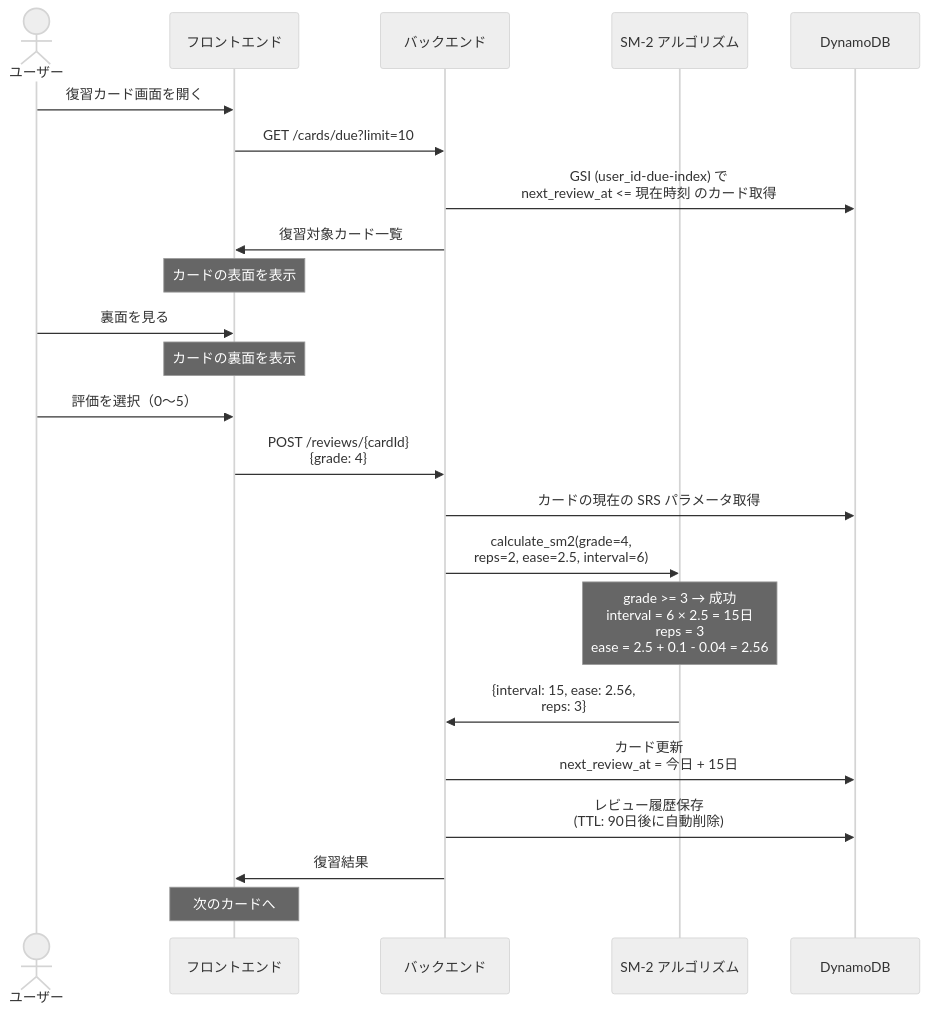
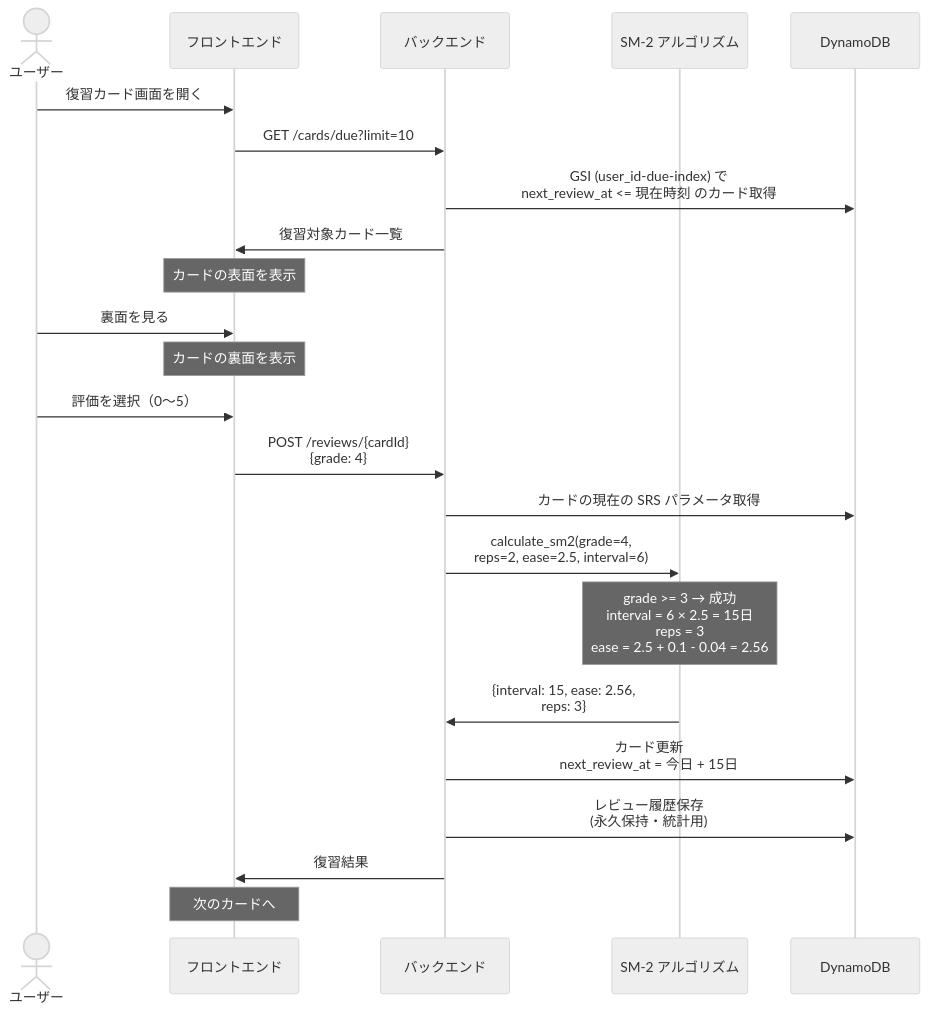
Before and after one commit to mozuq-lab/memoru-liff: the sixth of 11 diagrams in docs/system-overview.md, drawn with Mermaid (neutral theme). The commit also changed other lines of this file, not shown here.

````diff
--- a/docs/system-overview.md
+++ b/docs/system-overview.md
@@ -208,33 +245,33 @@
 ```mermaid
 sequenceDiagram
     actor User as ユーザー
     participant FE as フロントエンド
     participant API as バックエンド
     participant SRS as SM-2 アルゴリズム
     participant DB as DynamoDB
 
     User->>FE: 復習カード画面を開く
     FE->>API: GET /cards/due?limit=10
     API->>DB: GSI (user_id-due-index) で<br/>next_review_at <= 現在時刻 のカード取得
     API->>FE: 復習対象カード一覧
 
     Note over FE: カードの表面を表示
 
     User->>FE: 裏面を見る
     Note over FE: カードの裏面を表示
 
     User->>FE: 評価を選択（0〜5）
     FE->>API: POST /reviews/{cardId}<br/>{grade: 4}
 
     API->>DB: カードの現在の SRS パラメータ取得
     API->>SRS: calculate_sm2(grade=4,<br/>reps=2, ease=2.5, interval=6)
 
     Note over SRS: grade >= 3 → 成功<br/>interval = 6 × 2.5 = 15日<br/>reps = 3<br/>ease = 2.5 + 0.1 - 0.04 = 2.56
 
     SRS->>API: {interval: 15, ease: 2.56,<br/>reps: 3}
     API->>DB: カード更新<br/>next_review_at = 今日 + 15日
-    API->>DB: レビュー履歴保存<br/>(TTL: 90日後に自動削除)
+    API->>DB: レビュー履歴保存<br/>(永久保持・統計用)
     API->>FE: 復習結果
 
     Note over FE: 次のカードへ
 ```
````
